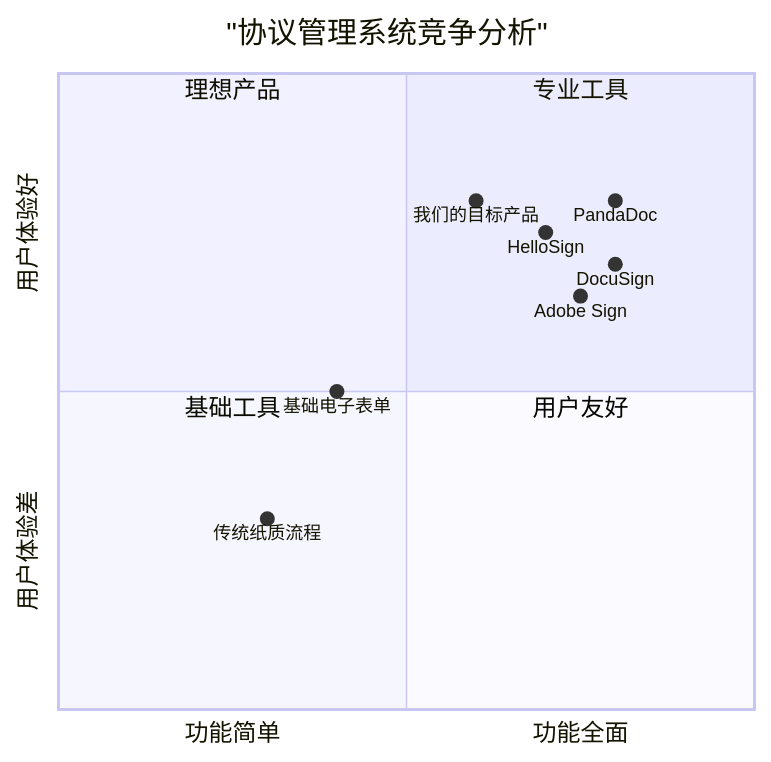
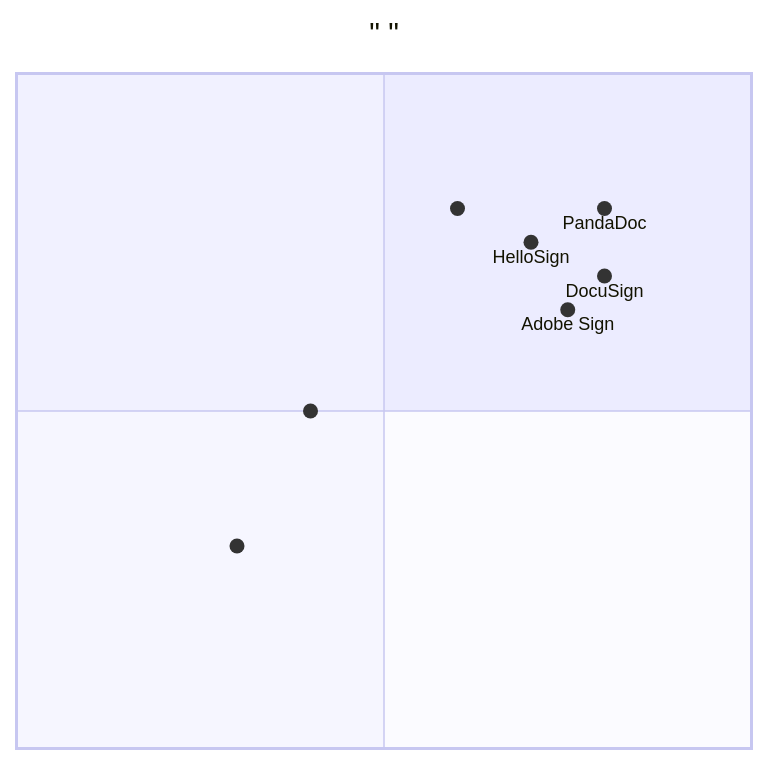
The diagram in results/deepssek-v3.2/eTour/metagpt/etour/UC44/code/convention_request_prd.md (TraceDevvvv/TraceDev), drawn with Mermaid before and after one commit. The commit also changed other lines of this file and 195 other files, not shown here.

````diff
--- a/results/deepssek-v3.2/eTour/metagpt/etour/UC44/code/convention_request_prd.md
+++ b/results/deepssek-v3.2/eTour/metagpt/etour/UC44/code/convention_request_prd.md
@@ -191,17 +191,17 @@
 ```mermaid
 quadrantChart
-    title "协议管理系统竞争分析"
-    x-axis "功能简单" --> "功能全面"
-    y-axis "用户体验差" --> "用户体验好"
-    quadrant-1 "专业工具"
-    quadrant-2 "理想产品"
-    quadrant-3 "基础工具"
-    quadrant-4 "用户友好"
+    title "          "
+    x-axis "    " --> "    "
+    y-axis "     " --> "     "
+    quadrant-1 "    "
+    quadrant-2 "    "
+    quadrant-3 "    "
+    quadrant-4 "    "
     "DocuSign": [0.8, 0.7]
     "Adobe Sign": [0.75, 0.65]
     "HelloSign": [0.7, 0.75]
     "PandaDoc": [0.8, 0.8]
-    "传统纸质流程": [0.3, 0.3]
-    "基础电子表单": [0.4, 0.5]
-    "我们的目标产品": [0.6, 0.8]
+    "      ": [0.3, 0.3]
+    "      ": [0.4, 0.5]
+    "       ": [0.6, 0.8]
 ```
````
